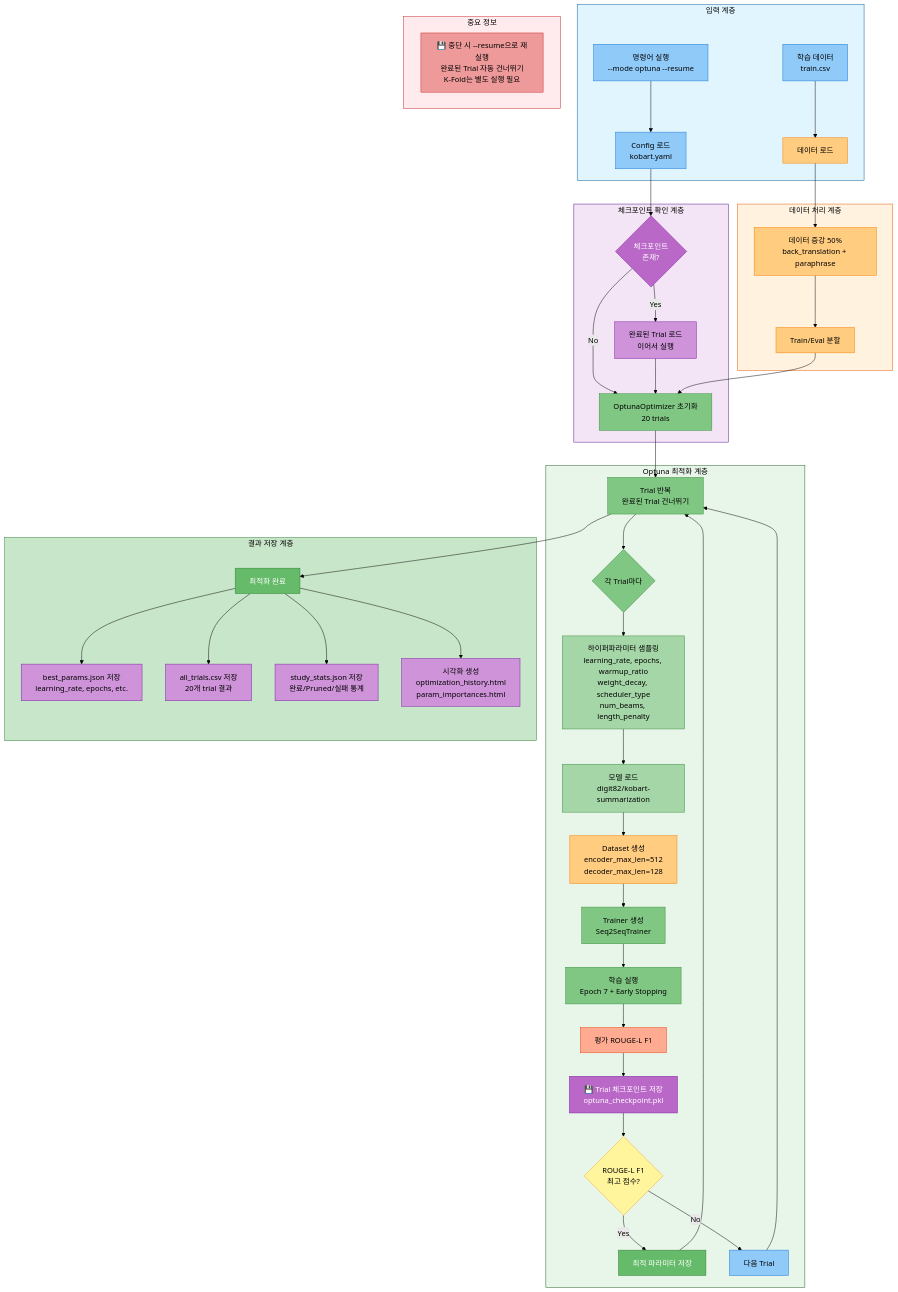
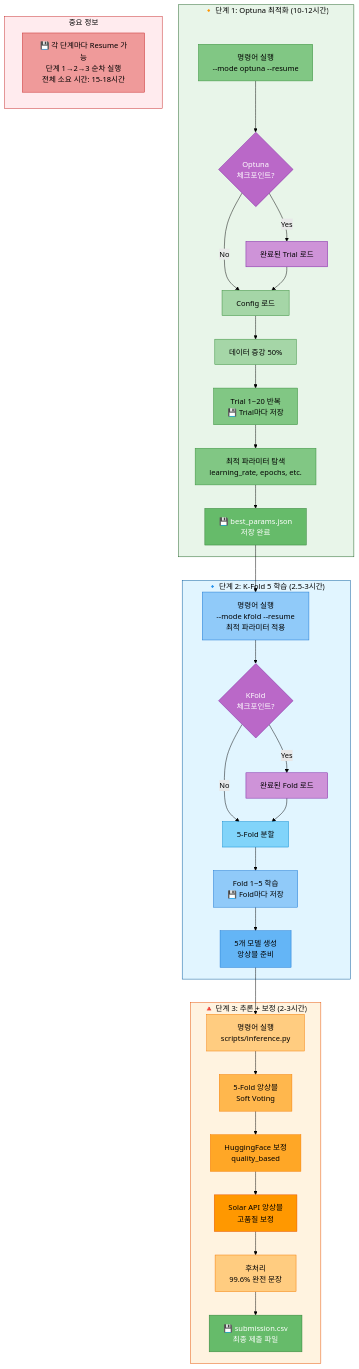
One commit to AIBootcamp14/naturallanguageprocessingcompetition-nlp-1 changed the second of 6 diagrams in docs/모듈화/04_02_KoBART_단일모델_최강_성능_전략.md. Above: the diagram before and after it, drawn with Mermaid (forest theme). The commit also changed other lines of this file, not shown here.

Commit message:
docs: 전략 1 파이프라인을 3단계 전체 워크플로우로 재작성 전략 1 파이프라인 다이어그램을 단계별 실행 명령어와 일치하도록 수정 변경사항: - 기존: Optuna 최적화 단계만 표시 - 수정: 3단계 전체 워크플로우 시각화   - 단계 1: Optuna 최적화 (10-12시간)   - 단계 2: K-Fold 5 학습 (2.5-3시간)   - 단계 3: 추론 + 보정 (2-3시간) - 각 단계마다 체크포인트 Resume 기능 표시 - 단계 간 연결 흐름 명확히 표현 - 전체 소요 시간: 15-18시간 표시 목적: 사용자가 전략 1의 전체 실행 흐름을 한눈에 파악 가능

````diff
--- a/docs/모듈화/04_02_KoBART_단일모델_최강_성능_전략.md
+++ b/docs/모듈화/04_02_KoBART_단일모델_최강_성능_전략.md
@@ -100,84 +100,63 @@
 ```mermaid
 graph TB
-    subgraph Input["입력 계층"]
-        A[명령어 실행<br/>--mode optuna --resume] --> B[Config 로드<br/>kobart.yaml]
-        A1[학습 데이터<br/>train.csv] --> C[데이터 로드]
+    subgraph Step1["🔸 단계 1: Optuna 최적화 (10-12시간)"]
+        A[명령어 실행<br/>--mode optuna --resume] --> CP1{Optuna<br/>체크포인트?}
+        CP1 -->|Yes| CP2[완료된 Trial 로드]
+        CP1 -->|No| B[Config 로드]
+        CP2 --> B
+        B --> C[데이터 증강 50%]
+        C --> D[Trial 1~20 반복<br/>💾 Trial마다 저장]
+        D --> E[최적 파라미터 탐색<br/>learning_rate, epochs, etc.]
+        E --> F[💾 best_params.json<br/>저장 완료]
     end
 
-    subgraph DataProcess["데이터 처리 계층"]
-        C --> D[데이터 증강 50%<br/>back_translation + paraphrase]
-        D --> E[Train/Eval 분할]
+    subgraph Step2["🔹 단계 2: K-Fold 5 학습 (2.5-3시간)"]
+        F --> G[명령어 실행<br/>--mode kfold --resume<br/>최적 파라미터 적용]
+        G --> CP3{KFold<br/>체크포인트?}
+        CP3 -->|Yes| CP4[완료된 Fold 로드]
+        CP3 -->|No| H[5-Fold 분할]
+        CP4 --> H
+        H --> I[Fold 1~5 학습<br/>💾 Fold마다 저장]
+        I --> J[5개 모델 생성<br/>앙상블 준비]
     end
 
-    subgraph Checkpoint1["체크포인트 확인 계층"]
-        B --> CP1{체크포인트<br/>존재?}
-        CP1 -->|Yes| CP2[완료된 Trial 로드<br/>이어서 실행]
-        CP1 -->|No| F[OptunaOptimizer 초기화<br/>20 trials]
-        CP2 --> F
+    subgraph Step3["🔺 단계 3: 추론 + 보정 (2-3시간)"]
+        J --> K[명령어 실행<br/>scripts/inference.py]
+        K --> L[5-Fold 앙상블<br/>Soft Voting]
+        L --> M[HuggingFace 보정<br/>quality_based]
+        M --> N[Solar API 앙상블<br/>고품질 보정]
+        N --> O[후처리<br/>99.6% 완전 문장]
+        O --> P[💾 submission.csv<br/>최종 제출 파일]
     end
 
-    subgraph Optimization["Optuna 최적화 계층"]
-        E --> F
-        F --> G[Trial 반복<br/>완료된 Trial 건너뛰기]
-        G --> H{각 Trial마다}
-        H --> I[하이퍼파라미터 샘플링<br/>learning_rate, epochs, warmup_ratio<br/>weight_decay, scheduler_type<br/>num_beams, length_penalty]
-        I --> J[모델 로드<br/>digit82/kobart-summarization]
-        J --> K[Dataset 생성<br/>encoder_max_len=512<br/>decoder_max_len=128]
-        K --> L[Trainer 생성<br/>Seq2SeqTrainer]
-        L --> M[학습 실행<br/>Epoch 7 + Early Stopping]
-        M --> N[평가 ROUGE-L F1]
-        N --> CP3[💾 Trial 체크포인트 저장<br/>optuna_checkpoint.pkl]
-        CP3 --> O{ROUGE-L F1<br/>최고 점수?}
-        O -->|Yes| P[최적 파라미터 저장]
-        O -->|No| Q[다음 Trial]
-        Q --> G
-        P --> G
+    subgraph Info["중요 정보"]
+        Q[💾 각 단계마다 Resume 가능<br/>단계 1→2→3 순차 실행<br/>전체 소요 시간: 15-18시간]
     end
 
-    subgraph Results["결과 저장 계층"]
-        G --> R[최적화 완료]
-        R --> S[best_params.json 저장<br/>learning_rate, epochs, etc.]
-        R --> T[all_trials.csv 저장<br/>20개 trial 결과]
-        R --> U[study_stats.json 저장<br/>완료/Pruned/실패 통계]
-        R --> V[시각화 생성<br/>optimization_history.html<br/>param_importances.html]
-    end
+    style Step1 fill:#e8f5e9,stroke:#1b5e20,color:#000
+    style Step2 fill:#e1f5ff,stroke:#01579b,color:#000
+    style Step3 fill:#fff3e0,stroke:#e65100,color:#000
+    style Info fill:#ffebee,stroke:#c62828,color:#000
 
-    subgraph Warning["중요 정보"]
-        W[💾 중단 시 --resume으로 재실행<br/>완료된 Trial 자동 건너뛰기<br/>K-Fold는 별도 실행 필요]
-    end
-
-    style Input fill:#e1f5ff,stroke:#01579b,color:#000
-    style DataProcess fill:#fff3e0,stroke:#e65100,color:#000
-    style Checkpoint1 fill:#f3e5f5,stroke:#4a148c,color:#000
-    style Optimization fill:#e8f5e9,stroke:#1b5e20,color:#000
-    style Results fill:#c8e6c9,stroke:#2e7d32,color:#000
-    style Warning fill:#ffebee,stroke:#c62828,color:#000
-
-    style A fill:#90caf9,stroke:#1976d2,color:#000
-    style A1 fill:#90caf9,stroke:#1976d2,color:#000
-    style B fill:#90caf9,stroke:#1976d2,color:#000
-    style C fill:#ffcc80,stroke:#f57c00,color:#000
-    style D fill:#ffcc80,stroke:#f57c00,color:#000
-    style E fill:#ffcc80,stroke:#f57c00,color:#000
+    style A fill:#81c784,stroke:#388e3c,color:#000
     style CP1 fill:#ba68c8,stroke:#7b1fa2,color:#fff
     style CP2 fill:#ce93d8,stroke:#7b1fa2,color:#000
-    style F fill:#81c784,stroke:#388e3c,color:#000
-    style G fill:#81c784,stroke:#388e3c,color:#000
-    style H fill:#81c784,stroke:#388e3c,color:#000
-    style I fill:#a5d6a7,stroke:#388e3c,color:#000
-    style J fill:#a5d6a7,stroke:#388e3c,color:#000
+    style B fill:#a5d6a7,stroke:#388e3c,color:#000
+    style C fill:#a5d6a7,stroke:#388e3c,color:#000
+    style D fill:#81c784,stroke:#388e3c,color:#000
+    style E fill:#81c784,stroke:#388e3c,color:#000
+    style F fill:#66bb6a,stroke:#2e7d32,color:#fff
+    style G fill:#90caf9,stroke:#1976d2,color:#000
+    style CP3 fill:#ba68c8,stroke:#7b1fa2,color:#fff
+    style CP4 fill:#ce93d8,stroke:#7b1fa2,color:#000
+    style H fill:#81d4fa,stroke:#0288d1,color:#000
+    style I fill:#90caf9,stroke:#1976d2,color:#000
+    style J fill:#64b5f6,stroke:#1976d2,color:#000
     style K fill:#ffcc80,stroke:#f57c00,color:#000
-    style L fill:#81c784,stroke:#388e3c,color:#000
-    style M fill:#81c784,stroke:#388e3c,color:#000
-    style N fill:#ffab91,stroke:#e64a19,color:#000
-    style CP3 fill:#ba68c8,stroke:#7b1fa2,color:#fff
-    style O fill:#fff59d,stroke:#f9a825,color:#000
+    style L fill:#ffb74d,stroke:#f57c00,color:#000
+    style M fill:#ffa726,stroke:#f57c00,color:#000
+    style N fill:#ff9800,stroke:#e65100,color:#000
+    style O fill:#ffcc80,stroke:#f57c00,color:#000
     style P fill:#66bb6a,stroke:#2e7d32,color:#fff
-    style Q fill:#90caf9,stroke:#1976d2,color:#000
-    style R fill:#66bb6a,stroke:#2e7d32,color:#fff
-    style S fill:#ce93d8,stroke:#7b1fa2,color:#000
-    style T fill:#ce93d8,stroke:#7b1fa2,color:#000
-    style U fill:#ce93d8,stroke:#7b1fa2,color:#000
-    style V fill:#ce93d8,stroke:#7b1fa2,color:#000
-    style W fill:#ef9a9a,stroke:#c62828,color:#000
+    style Q fill:#ef9a9a,stroke:#c62828,color:#000
 ```
````
